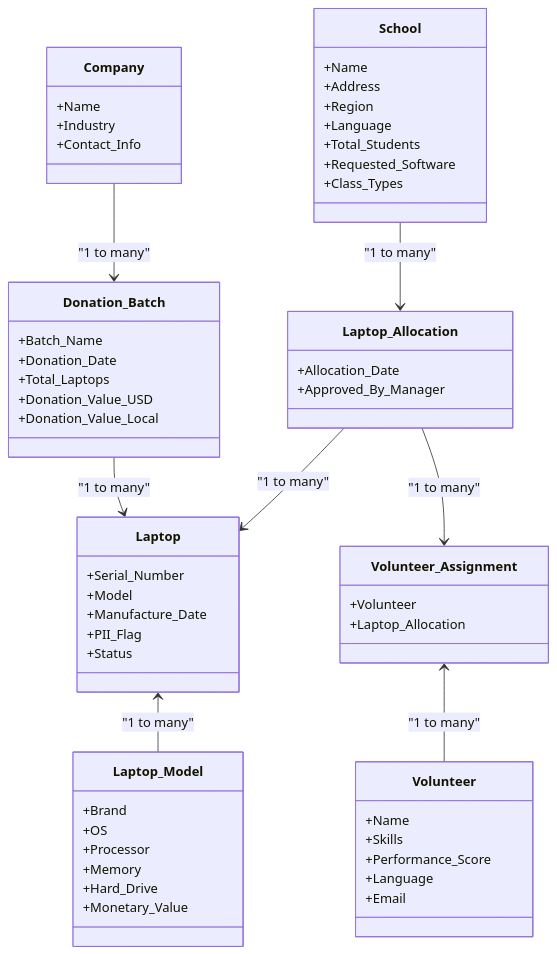
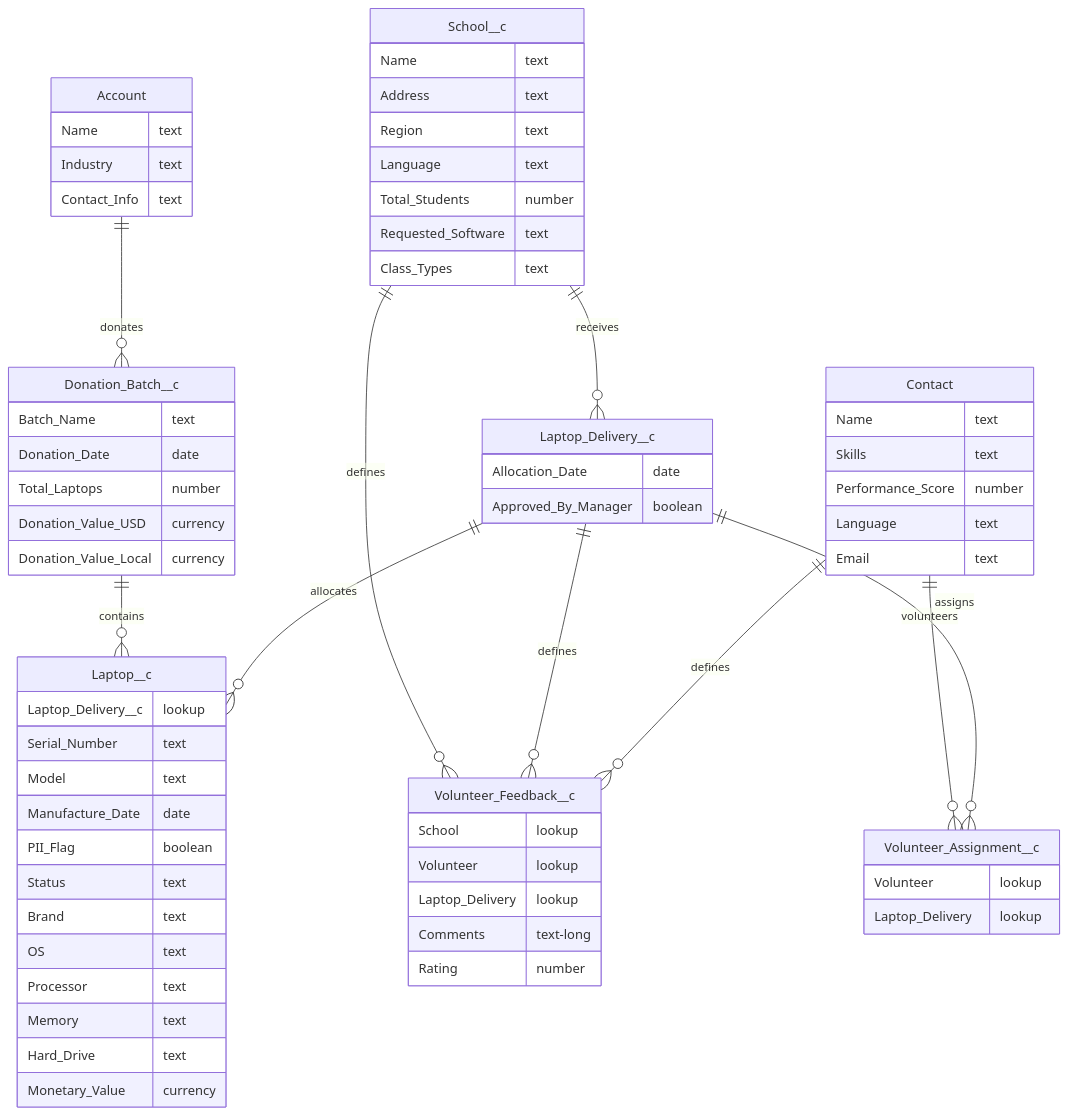
Before and after one commit to matthew-zolp/Laptops2Schools: the diagram in L2S_SalesforceObjectModel.md, drawn with Mermaid.

Commit message:
Object Model updates

````diff
--- a/L2S_SalesforceObjectModel.md
+++ b/L2S_SalesforceObjectModel.md
@@ -1,69 +1,69 @@
 ```mermaid
-classDiagram
-    class Company {
-        +Name
-        +Industry
-        +Contact_Info
+erDiagram
+    Account {
+        Name text
+        Industry text
+        Contact_Info text
     }
-
-    class Donation_Batch {
-        +Batch_Name
-        +Donation_Date
-        +Total_Laptops
-        +Donation_Value_USD
-        +Donation_Value_Local
+    Donation_Batch__c {
+        Batch_Name text
+        Donation_Date date
+        Total_Laptops number
+        Donation_Value_USD currency
+        Donation_Value_Local currency
     }
-
-    class Laptop {
-        +Serial_Number
-        +Model
-        +Manufacture_Date
-        +PII_Flag
-        +Status
+    Laptop__c {
+        Laptop_Delivery__c lookup
+        Serial_Number text
+        Model text
+        Manufacture_Date date
+        PII_Flag boolean
+        Status text
+        Brand text
+        OS text
+        Processor text
+        Memory text
+        Hard_Drive text
+        Monetary_Value currency
     }
-
-    class Laptop_Model {
-        +Brand
-        +OS
-        +Processor
-        +Memory
-        +Hard_Drive
-        +Monetary_Value
+    School__c {
+        Name text
+        Address text
+        Region text
+        Language text
+        Total_Students number
+        Requested_Software text
+        Class_Types text
     }
-    class School {
-        +Name
-        +Address
-        +Region
-        +Language
-        +Total_Students
-        +Requested_Software
-        +Class_Types
+    Laptop_Delivery__c {
+        Allocation_Date date
+        Approved_By_Manager boolean
     }
-
-    class Laptop_Allocation {
-        +Allocation_Date
-        +Approved_By_Manager
+    Contact {
+        Name text
+        Skills text
+        Performance_Score number
+        Language text
+        Email text
     }
-
-    class Volunteer {
-        +Name
-        +Skills
-        +Performance_Score
-        +Language
-        +Email
+    Volunteer_Assignment__c {
+        Volunteer lookup
+        Laptop_Delivery lookup
     }
-
-        class Volunteer_Assignment {
-        +Volunteer
-        +Laptop_Allocation
+    Volunteer_Feedback__c {
+    School lookup
+    Volunteer lookup
+    Laptop_Delivery lookup
+    Comments text-long
+    Rating number
     }
-
-    %% Label cardinality text manually
-    Company --> Donation_Batch : "1 to many"
-    Donation_Batch --> Laptop : "1 to many"
-    Laptop_Allocation --> Laptop : "1 to many"
-    Laptop <-- Laptop_Model : "1 to many"
-    School --> Laptop_Allocation : "1 to many"
-    Laptop_Allocation --> Volunteer_Assignment : "1 to many"
-    Volunteer_Assignment <-- Volunteer : "1 to many"
+    Account ||--o{ Donation_Batch__c : donates
+    Donation_Batch__c ||--o{ Laptop__c : contains
+    School__c ||--o{ Volunteer_Feedback__c : defines
+    Laptop_Delivery__c ||--o{ Volunteer_Feedback__c : defines
+    School__c ||--o{ Laptop_Delivery__c : receives
+    Contact ||--o{ Volunteer_Feedback__c : defines
+    Laptop_Delivery__c ||--o{ Laptop__c : allocates
+    Contact ||--o{ Volunteer_Assignment__c : volunteers
+    Laptop_Delivery__c ||--o{ Volunteer_Assignment__c : assigns
 ```
````
